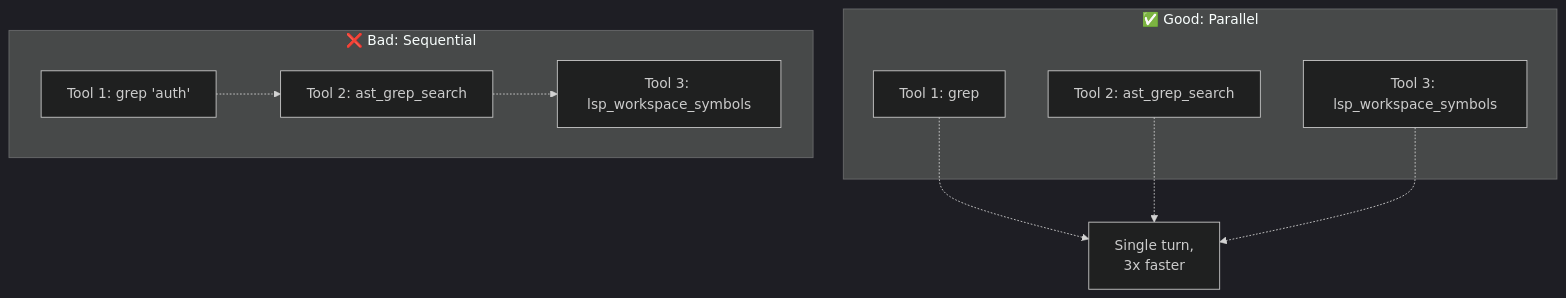
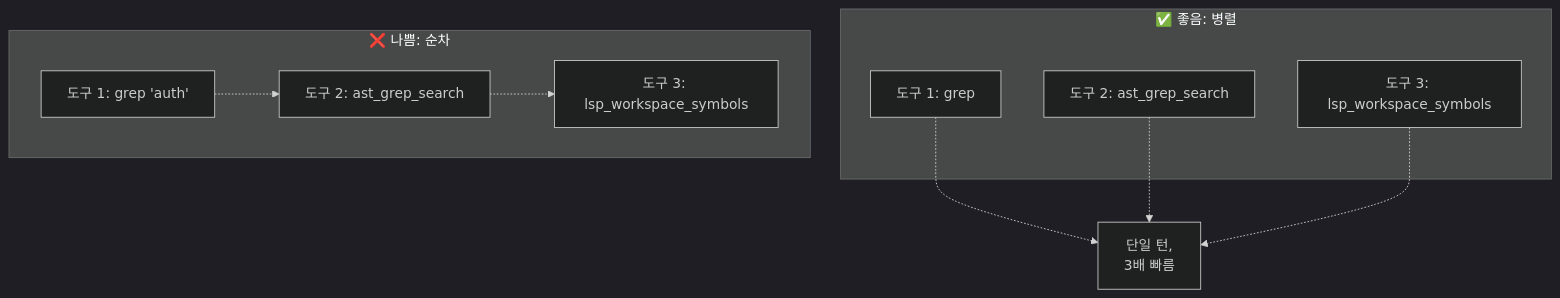
The sixth of 7 diagrams in docs/agents/explore-agent.md (felipetruman/oh-my-opencode-docs), drawn with Mermaid (dark theme) before and after one commit. The commit also changed other lines of this file and 76 other files, not shown here.

````diff
--- a/docs/agents/explore-agent.md
+++ b/docs/agents/explore-agent.md
@@ -275,29 +275,29 @@
 ```mermaid
 flowchart TD
 
-S1["Tool 1: grep 'auth'"]
-S2["Tool 2: ast_grep_search"]
-S3["Tool 3: lsp_workspace_symbols"]
-P1["Tool 1: grep"]
-P2["Tool 2: ast_grep_search"]
-P3["Tool 3: lsp_workspace_symbols"]
-Result["Single turn,<br>3x faster"]
+S1["도구 1: grep 'auth'"]
+S2["도구 2: ast_grep_search"]
+S3["도구 3: lsp_workspace_symbols"]
+P1["도구 1: grep"]
+P2["도구 2: ast_grep_search"]
+P3["도구 3: lsp_workspace_symbols"]
+Result["단일 턴,<br>3배 빠름"]
 
 P1 -.-> Result
 P2 -.-> Result
 P3 -.-> Result
 
-subgraph subGraph1 ["✅ Good: Parallel"]
+subgraph subGraph1 ["✅ 좋음: 병렬"]
     P1
     P2
     P3
 end
 
-subgraph subGraph0 ["❌ Bad: Sequential"]
+subgraph subGraph0 ["❌ 나쁨: 순차"]
     S1
     S2
     S3
     S1 -.-> S2
     S2 -.-> S3
 end
 ```
````
